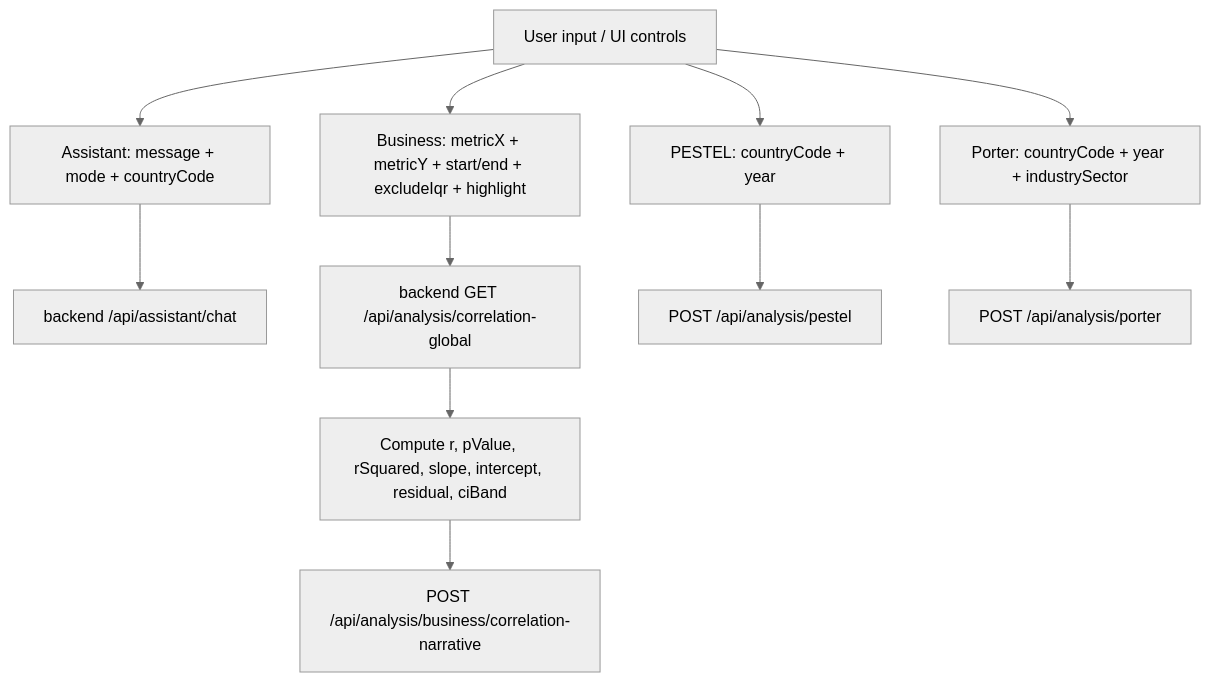
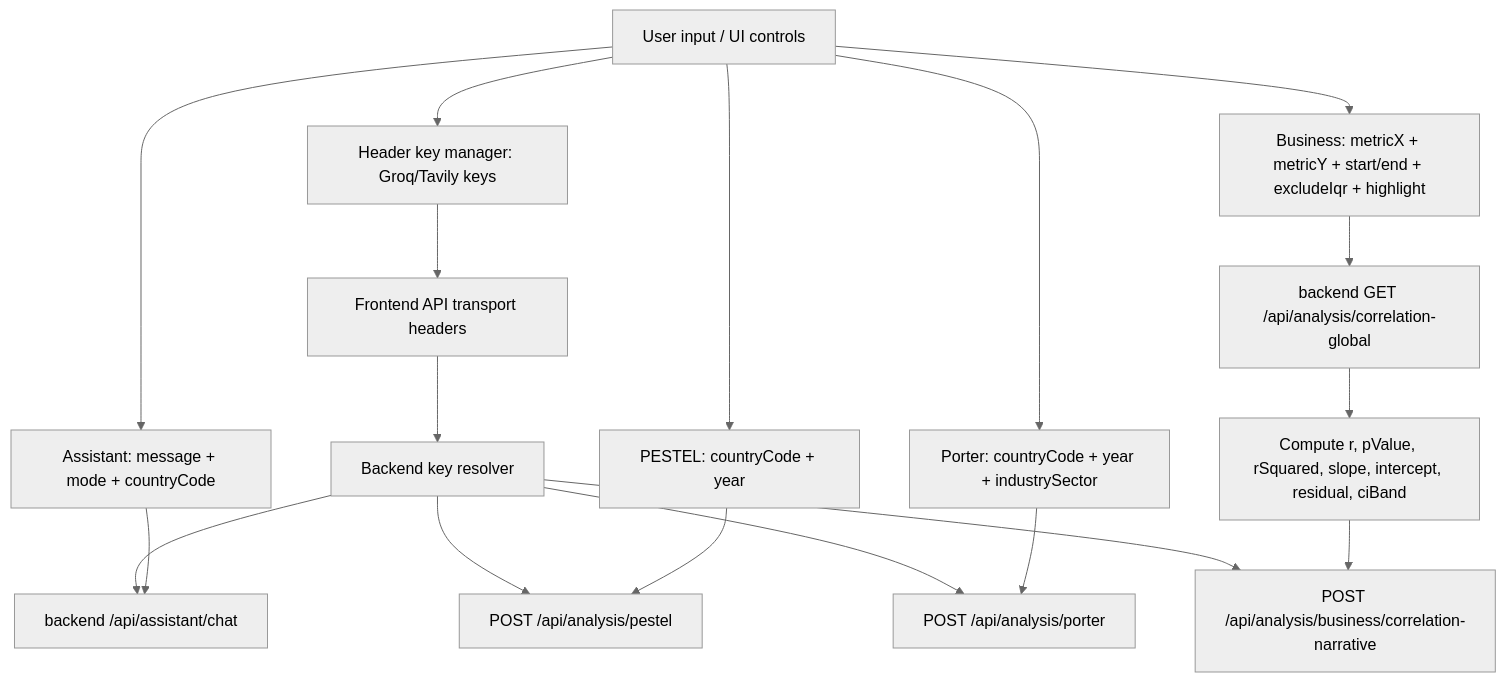
The diagram in docs/VARIABLES.md (RifqiMT/country-analytics-dashboard), drawn with Mermaid (neutral theme) before and after one commit. The commit also changed other lines of this file and 37 other files, not shown here.

````diff
--- a/docs/VARIABLES.md
+++ b/docs/VARIABLES.md
@@ -226,14 +238,21 @@
 ```mermaid
 flowchart TD
+  U[User input / UI controls] --> K1[Header key manager: Groq/Tavily keys]
+  K1 --> K2[Frontend API transport headers]
+  K2 --> E0[Backend key resolver]
   U[User input / UI controls] --> A1[Assistant: message + mode + countryCode]
   U --> B1[Business: metricX + metricY + start/end + excludeIqr + highlight]
   U --> C1[PESTEL: countryCode + year]
   U --> D1[Porter: countryCode + year + industrySector]
 
+  E0 --> E1
+  E0 --> E5
+  E0 --> E6
+  E0 --> E4
   A1 --> E1[backend /api/assistant/chat]
   B1 --> E2[backend GET /api/analysis/correlation-global]
   E2 --> E3[Compute r, pValue, rSquared, slope, intercept, residual, ciBand]
   E3 --> E4[POST /api/analysis/business/correlation-narrative]
   C1 --> E5[POST /api/analysis/pestel]
   D1 --> E6[POST /api/analysis/porter]
 ```
````
